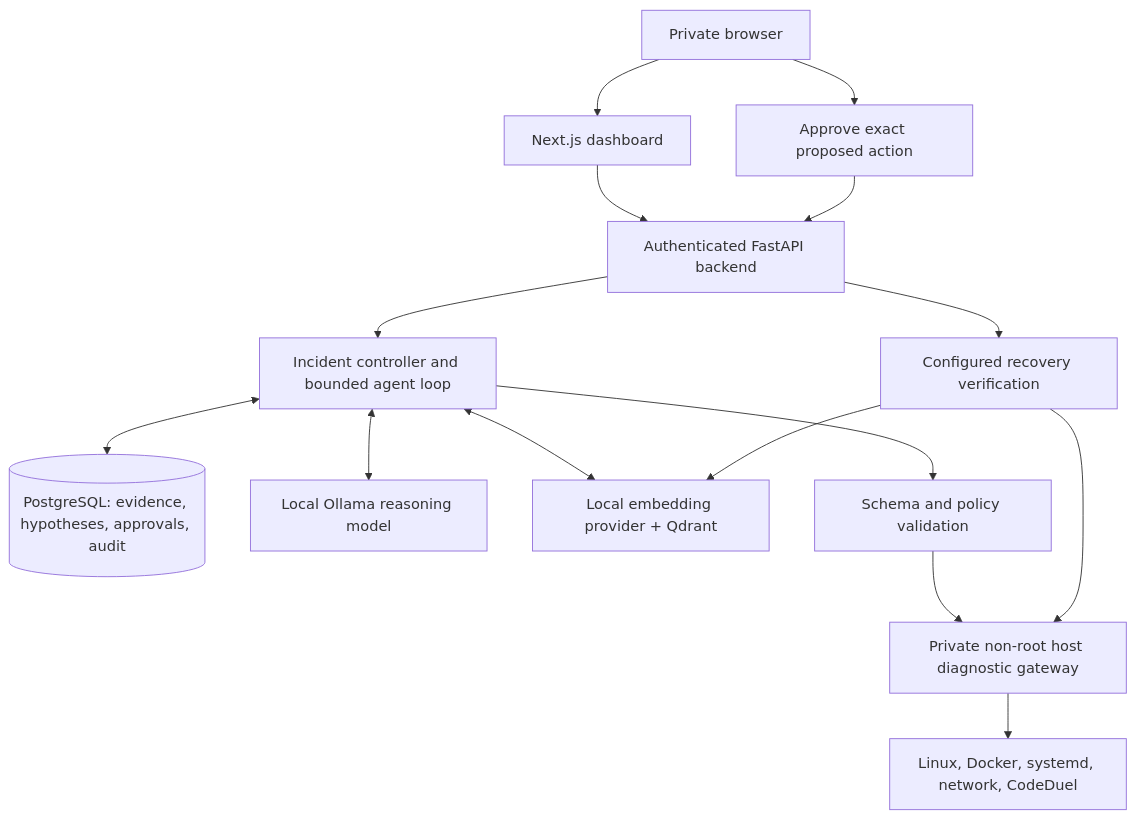
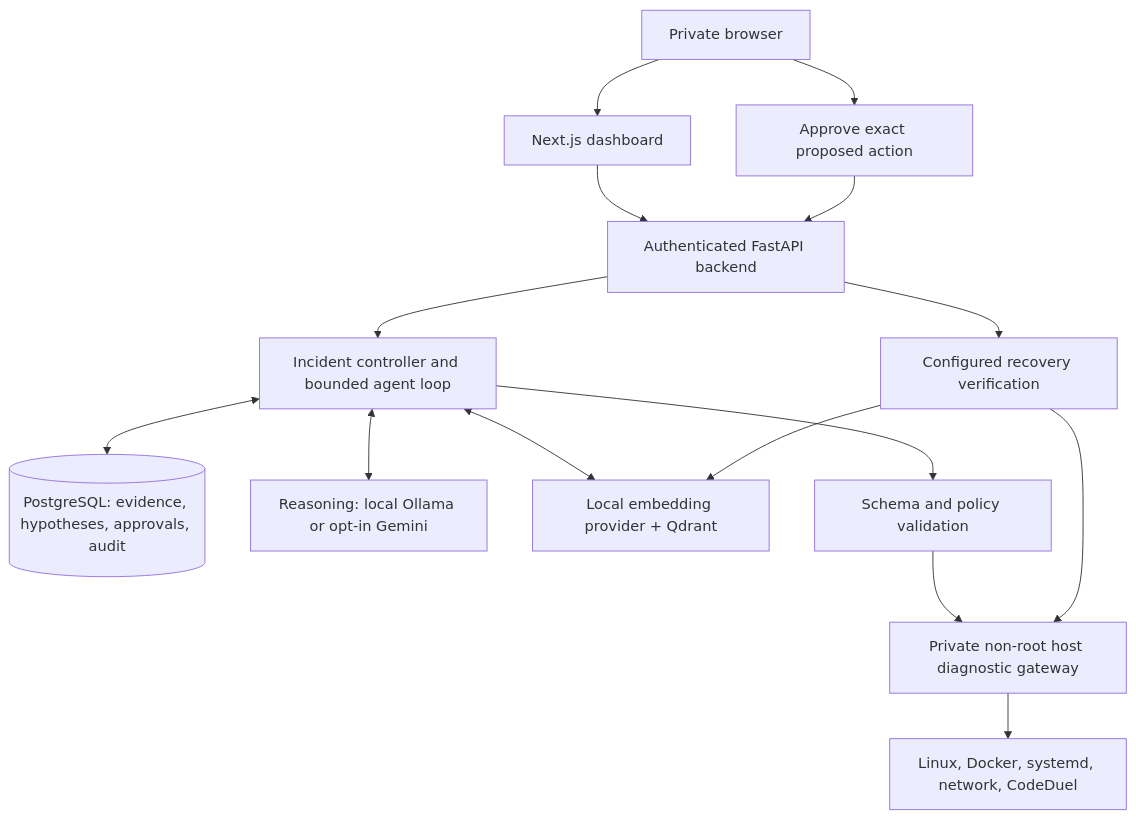
One commit to Parthmudgal15105/HomeAiAgent changed the diagram in README.md. Above: the diagram before and after it, drawn with Mermaid. The commit also changed other lines of this file and 20 other files, not shown here.

Commit message:
Add optional Gemini reasoning provider

````diff
--- a/README.md
+++ b/README.md
@@ -9,17 +9,17 @@
 ```mermaid
 flowchart TD
   Browser[Private browser] --> Frontend[Next.js dashboard]
   Frontend --> API[Authenticated FastAPI backend]
   API --> Controller[Incident controller and bounded agent loop]
   Controller <--> DB[(PostgreSQL: evidence, hypotheses, approvals, audit)]
-  Controller <--> LLM[Local Ollama reasoning model]
+  Controller <--> LLM[Reasoning: local Ollama or opt-in Gemini]
   Controller <--> RAG[Local embedding provider + Qdrant]
   Controller --> Tools[Schema and policy validation]
   Tools --> Gateway[Private non-root host diagnostic gateway]
   Gateway --> Host[Linux, Docker, systemd, network, CodeDuel]
   Browser --> Approval[Approve exact proposed action]
   Approval --> API
   API --> Verify[Configured recovery verification]
   Verify --> Gateway
   Verify --> RAG
 ```
````
